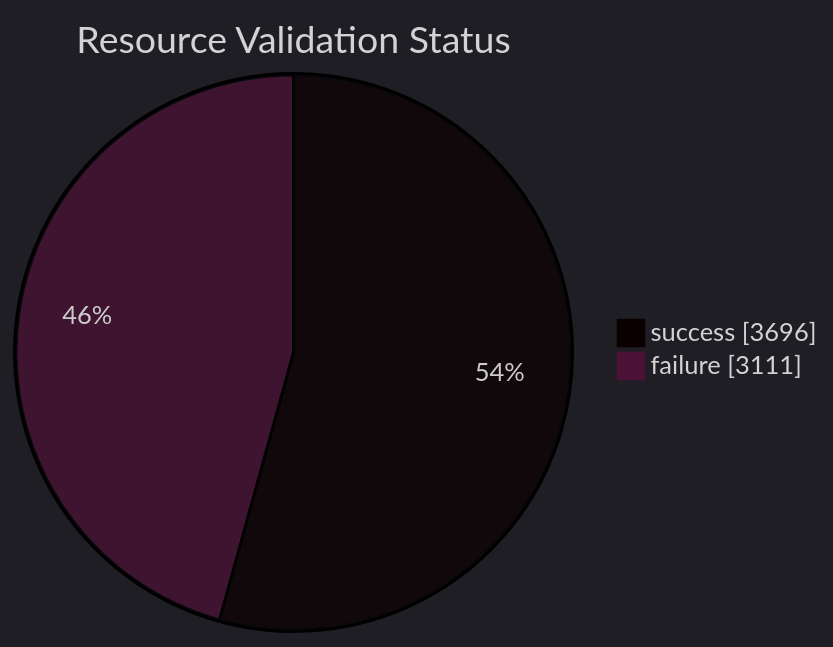
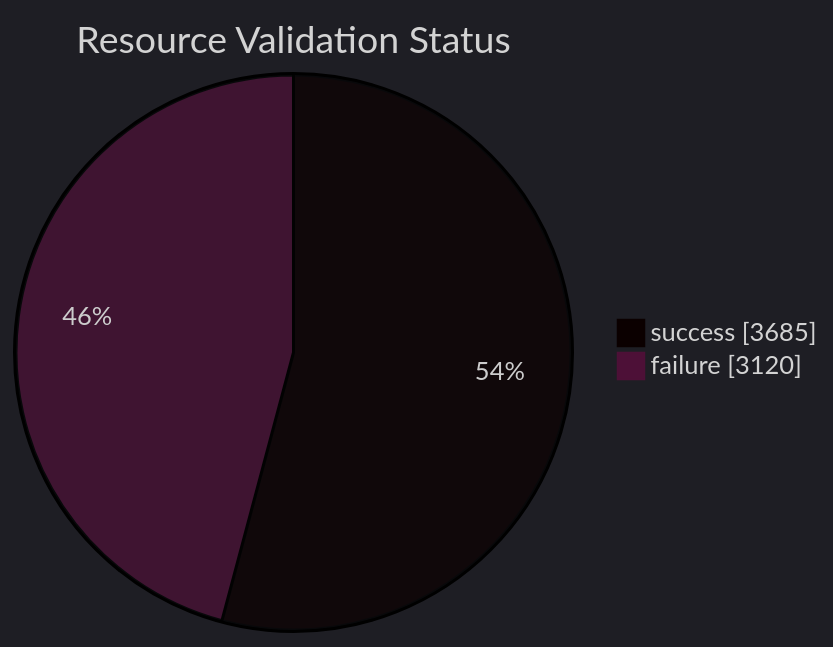
The diagram in datastore_tracker/resource_validation_status_pie_chart.md (open-data/analytics-corporate-reporting), drawn with Mermaid before and after one commit. The commit also changed 8 other files, not shown here.

````diff
--- a/datastore_tracker/resource_validation_status_pie_chart.md
+++ b/datastore_tracker/resource_validation_status_pie_chart.md
@@ -2,9 +2,9 @@
 ```mermaid
 ---
 config:
   theme: dark
 ---
 pie showData title Resource Validation Status
-    "success": 3696
-    "failure": 3111
+    "success": 3685
+    "failure": 3120
 ```
````
